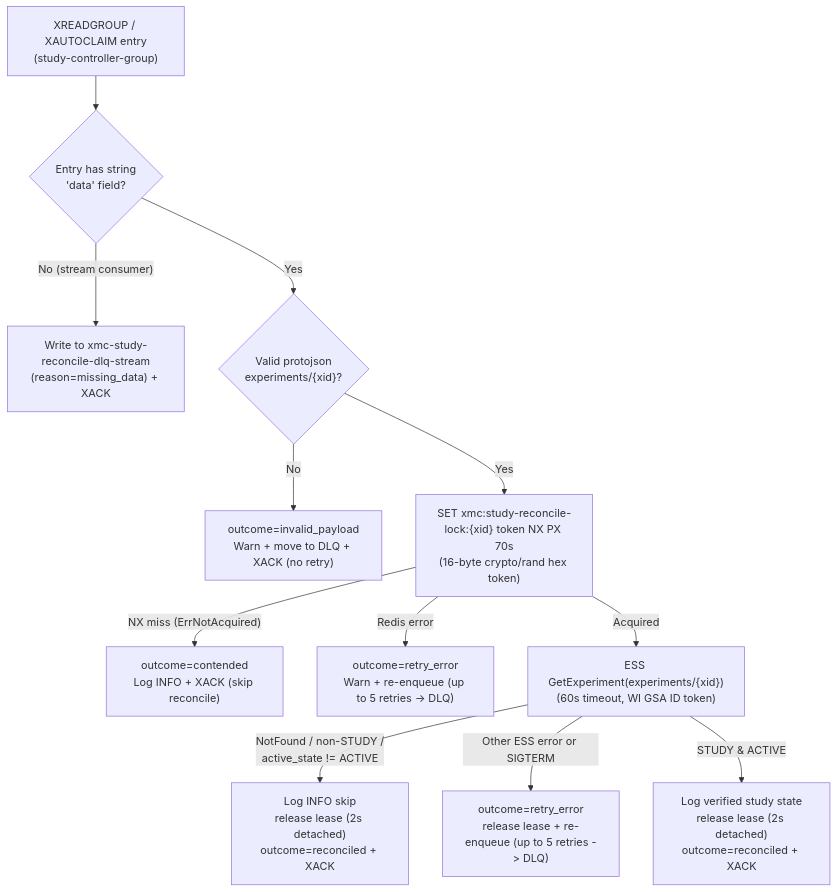
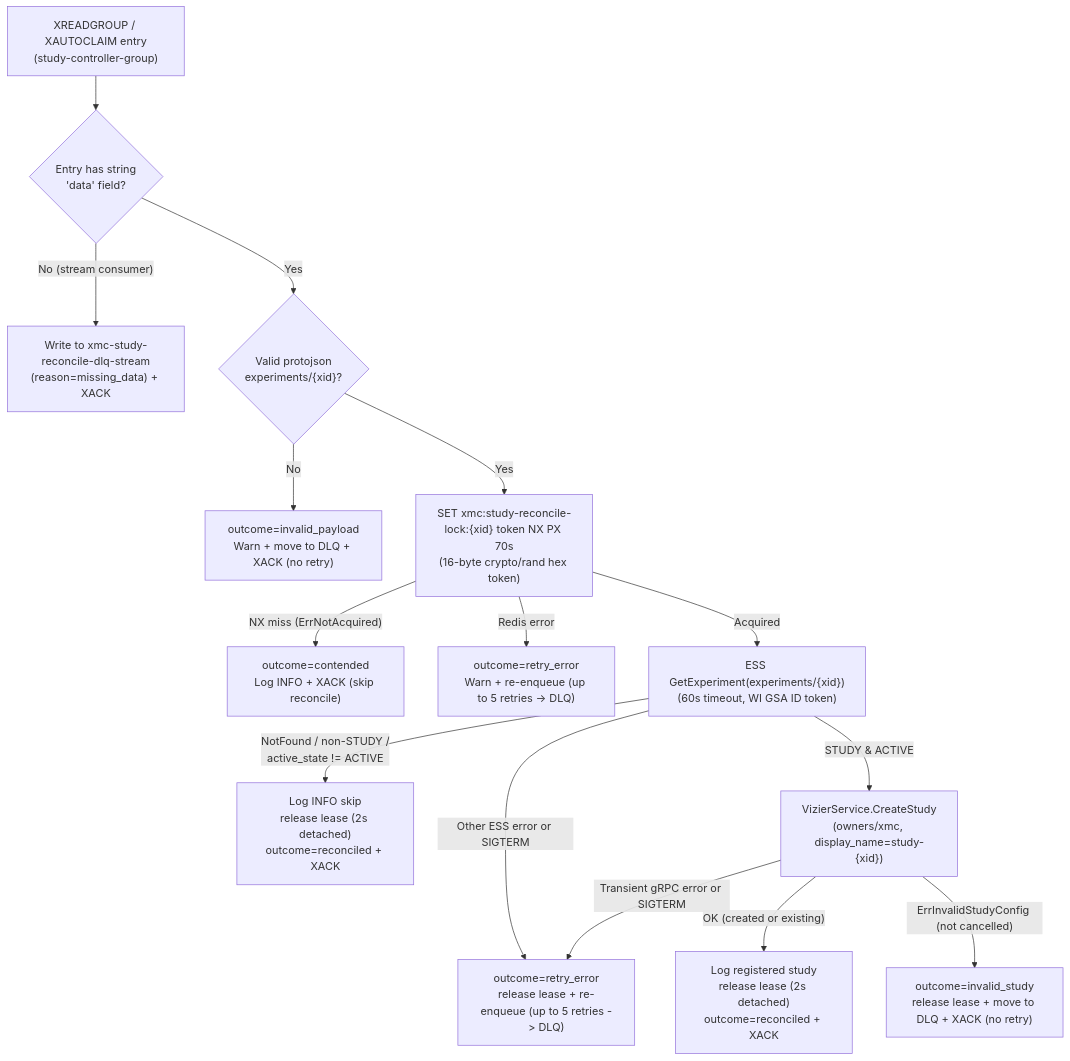
One commit to google/xmc changed the second of 3 diagrams in docs/flows/study_lifecycle.md. Above: the diagram before and after it, drawn with Mermaid. The commit also changed other lines of this file and 21 other files, not shown here.

First line of the commit message:
feat(study-controller): register studies in OSS Vizier (#1790)

````diff
--- a/docs/flows/study_lifecycle.md
+++ b/docs/flows/study_lifecycle.md
@@ -111,14 +116,17 @@
 ```mermaid
 flowchart TD
     Msg["XREADGROUP / XAUTOCLAIM entry<br/>(study-controller-group)"] --> HasData{"Entry has string<br/>'data' field?"}
     HasData -->|"No (stream consumer)"| MissingDLQ["Write to xmc-study-reconcile-dlq-stream<br/>(reason=missing_data) + XACK"]
     HasData -->|"Yes"| Parse{"Valid protojson<br/>experiments/{xid}?"}
     Parse -->|"No"| Inv["outcome=invalid_payload<br/>Warn + move to DLQ + XACK (no retry)"]
     Parse -->|"Yes"| Acq["SET xmc:study-reconcile-lock:{xid} token NX PX 70s<br/>(16-byte crypto/rand hex token)"]
     Acq -->|"NX miss (ErrNotAcquired)"| Cont["outcome=contended<br/>Log INFO + XACK (skip reconcile)"]
     Acq -->|"Redis error"| RetryAcq["outcome=retry_error<br/>Warn + re-enqueue (up to 5 retries -> DLQ)"]
     Acq -->|"Acquired"| Read["ESS GetExperiment(experiments/{xid})<br/>(60s timeout, WI GSA ID token)"]
     Read -->|"NotFound / non-STUDY /<br/>active_state != ACTIVE"| Skip["Log INFO skip<br/>release lease (2s detached)<br/>outcome=reconciled + XACK"]
     Read -->|"Other ESS error or SIGTERM"| RetryRun["outcome=retry_error<br/>release lease + re-enqueue (up to 5 retries -> DLQ)"]
-    Read -->|"STUDY & ACTIVE"| Ok["Log verified study state<br/>release lease (2s detached)<br/>outcome=reconciled + XACK"]
+    Read -->|"STUDY & ACTIVE"| VizCreate["VizierService.CreateStudy<br/>(owners/xmc, display_name=study-{xid})"]
+    VizCreate -->|"OK (created or existing)"| Ok["Log registered study<br/>release lease (2s detached)<br/>outcome=reconciled + XACK"]
+    VizCreate -->|"ErrInvalidStudyConfig (not cancelled)"| InvStudy["outcome=invalid_study<br/>release lease + move to DLQ + XACK (no retry)"]
+    VizCreate -->|"Transient gRPC error or SIGTERM"| RetryRun
 ```
````
